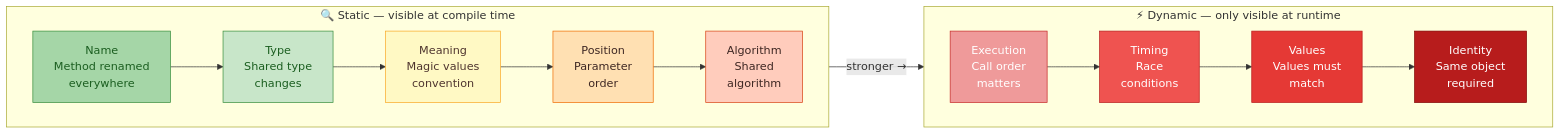
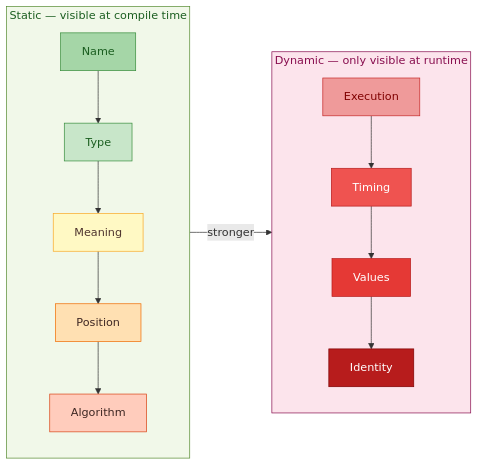
One commit to ozzgio/swbook-labs changed the diagram in books/fundamentals-of-software-architecture/diagrams/02-connascence-hierarchy.md. Above: the diagram before and after it, drawn with Mermaid. The commit also changed other lines of this file and 2 other files, not shown here.

Commit message:
fix: apply consistent diagram style standard across all 5 diagrams
- 02: remove multi-line \n text from nodes, move detail to table
- 04: shorten characteristic node labels, add explicit color: to all styles
- 05: switch flowchart LR to TD for vertical layout, strip emoji from nodes

Standard: short single-label nodes, explicit color: on every style,
detail in markdown table below, no \n in node text, no unquoted parens.

````diff
--- a/books/fundamentals-of-software-architecture/diagrams/02-connascence-hierarchy.md
+++ b/books/fundamentals-of-software-architecture/diagrams/02-connascence-hierarchy.md
@@ -7,31 +7,31 @@
 ```mermaid
 flowchart LR
-    subgraph STATIC["🔍 Static — visible at compile time"]
-        direction LR
-        CN["Name\nMethod renamed\neverywhere"] -->
-        CTP["Type\nShared type\nchanges"] -->
-        CM["Meaning\nMagic values\nconvention"] -->
-        CP["Position\nParameter\norder"] -->
-        CA["Algorithm\nShared\nalgorithm"]
+    subgraph STATIC["Static — visible at compile time"]
+        CN["Name"] -->
+        CTP["Type"] -->
+        CM["Meaning"] -->
+        CP["Position"] -->
+        CA["Algorithm"]
     end
 
-    subgraph DYNAMIC["⚡ Dynamic — only visible at runtime"]
-        direction LR
-        CE["Execution\nCall order\nmatters"] -->
-        CT["Timing\nRace\nconditions"] -->
-        CV["Values\nValues must\nmatch"] -->
-        CI["Identity\nSame object\nrequired"]
+    subgraph DYNAMIC["Dynamic — only visible at runtime"]
+        CE["Execution"] -->
+        CT["Timing"] -->
+        CV["Values"] -->
+        CI["Identity"]
     end
 
-    STATIC -->|stronger →| DYNAMIC
+    STATIC -->|"stronger"| DYNAMIC
 
+    style STATIC fill:#f1f8e9,stroke:#558b2f,color:#1b5e20
+    style DYNAMIC fill:#fce4ec,stroke:#880e4f,color:#880e4f
     style CN fill:#a5d6a7,stroke:#388e3c,color:#1b5e20
     style CTP fill:#c8e6c9,stroke:#388e3c,color:#1b5e20
     style CM fill:#fff9c4,stroke:#f9a825,color:#4e342e
     style CP fill:#ffe0b2,stroke:#ef6c00,color:#3e2723
     style CA fill:#ffccbc,stroke:#d84315,color:#3e2723
-    style CE fill:#ef9a9a,stroke:#c62828,color:#fff
+    style CE fill:#ef9a9a,stroke:#c62828,color:#7f0000
     style CT fill:#ef5350,stroke:#b71c1c,color:#fff
     style CV fill:#e53935,stroke:#b71c1c,color:#fff
     style CI fill:#b71c1c,stroke:#7f0000,color:#fff
 ```
````
